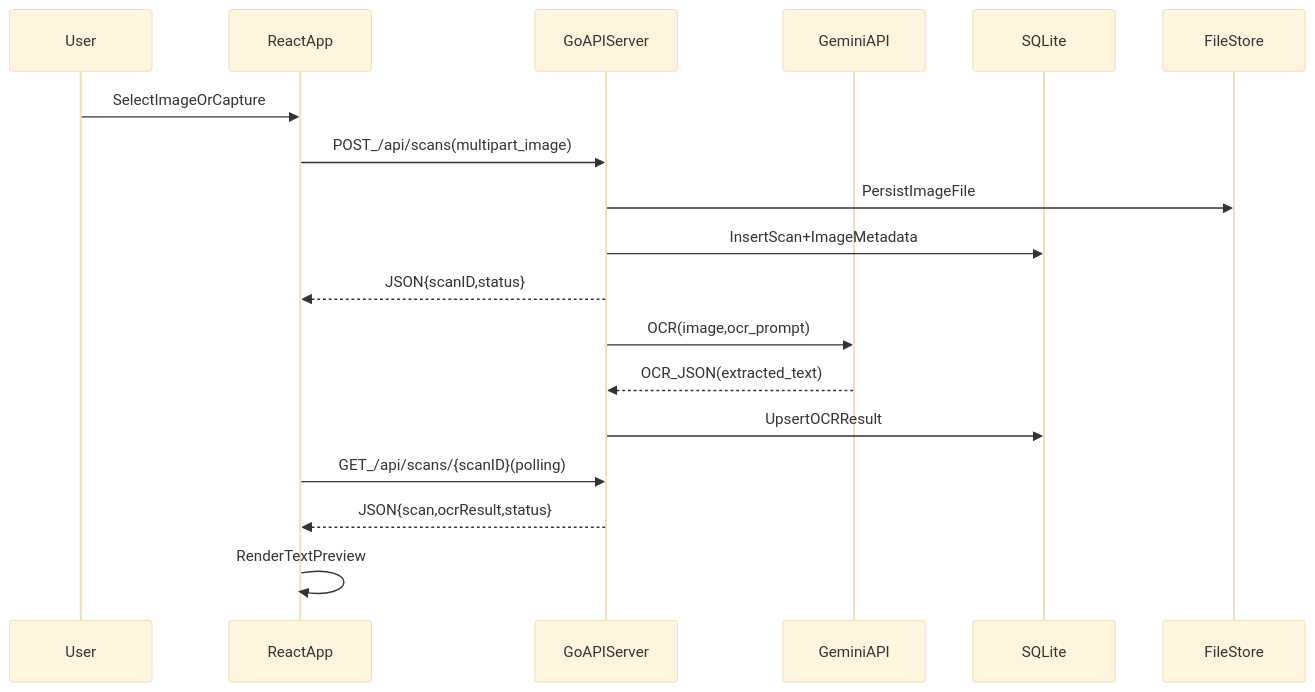
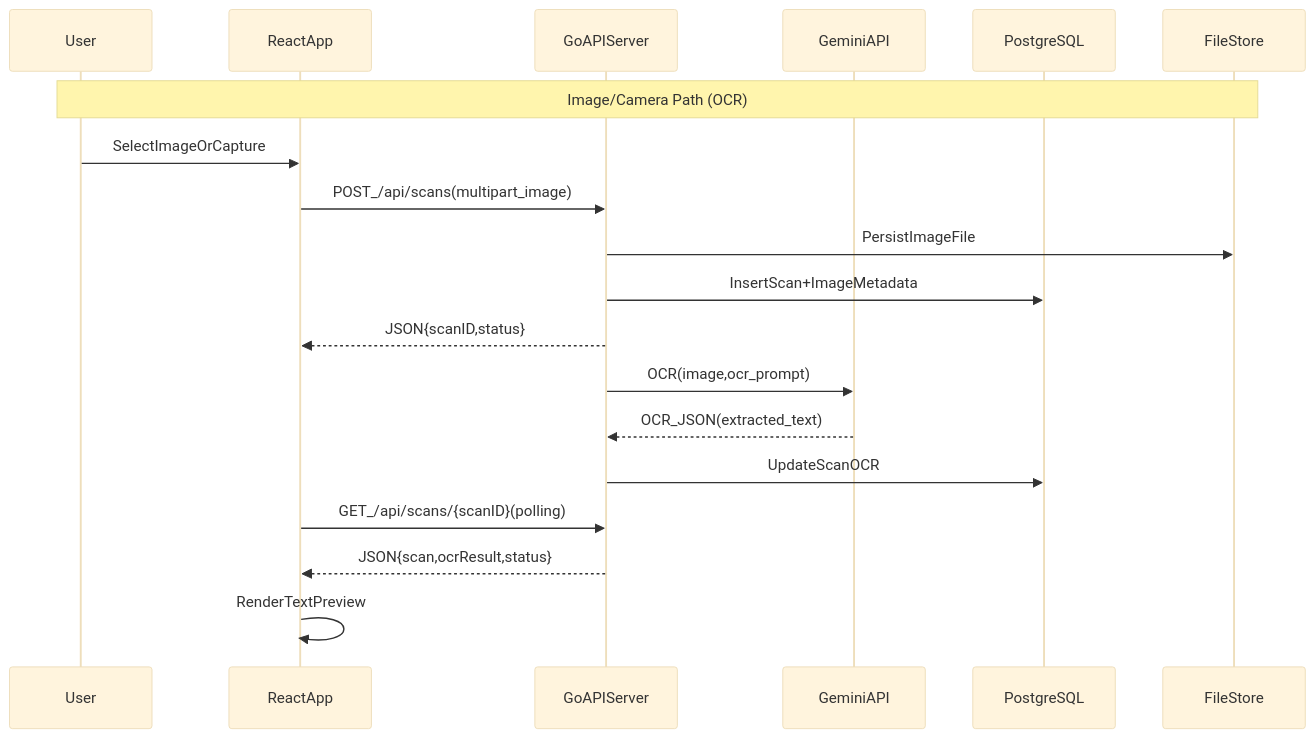
The second of 5 diagrams in docs/rfc.md (ventodeco/annota-gemini-hackathon-3), drawn with Mermaid (base theme) before and after one commit. The commit also changed other lines of this file and 2 other files, not shown here.

````diff
--- a/docs/rfc.md
+++ b/docs/rfc.md
@@ -112,21 +148,22 @@
 ```mermaid
 sequenceDiagram
   participant U as User
   participant R as ReactApp
   participant S as GoAPIServer
   participant G as GeminiAPI
-  participant D as SQLite
+  participant D as PostgreSQL
   participant F as FileStore
 
+  Note over U,F: Image/Camera Path (OCR)
   U->>R: SelectImageOrCapture
   R->>S: POST_/api/scans(multipart_image)
   S->>F: PersistImageFile
   S->>D: InsertScan+ImageMetadata
   S-->>R: JSON{scanID,status}
   S->>G: OCR(image,ocr_prompt)
   G-->>S: OCR_JSON(extracted_text)
-  S->>D: UpsertOCRResult
+  S->>D: UpdateScanOCR
   R->>S: GET_/api/scans/{scanID}(polling)
   S-->>R: JSON{scan,ocrResult,status}
   R->>R: RenderTextPreview
 ```
````
